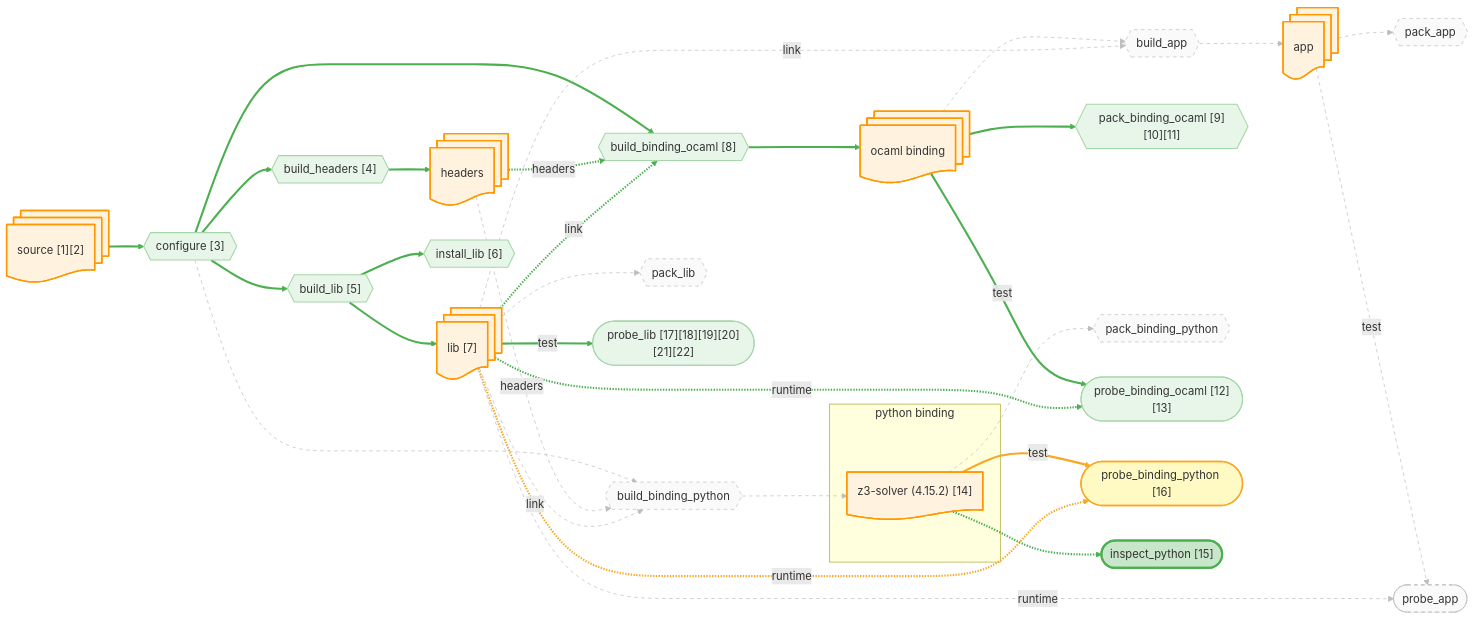
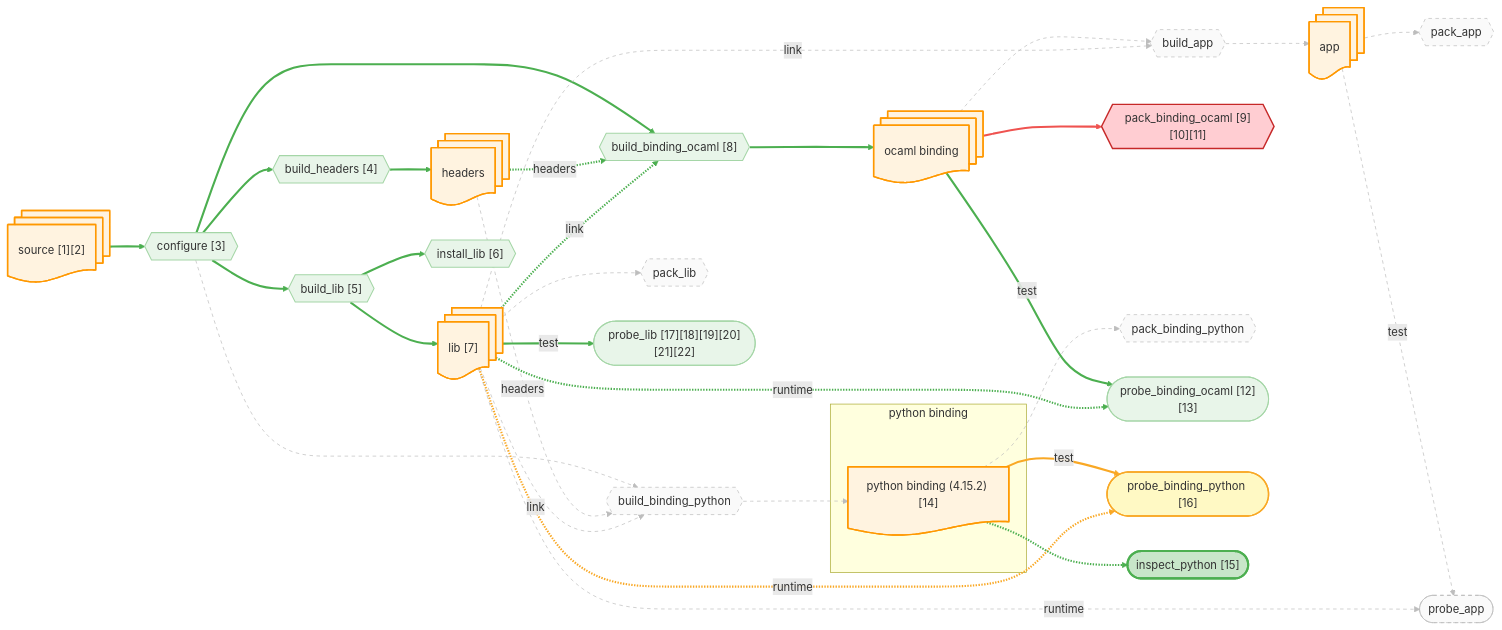
Before and after one commit to JHU-PL-Lab/tola: the diagram in docs/canary/projects/z3/_run/diagrams/binding_python.mmd, drawn with Mermaid. The commit also changed 56 other files, not shown here.

First line of the commit message:
refactor: split canary_action.ml, extract canary_diagram.ml

```diff
--- a/docs/canary/projects/z3/_run/diagrams/binding_python.mmd
+++ b/docs/canary/projects/z3/_run/diagrams/binding_python.mmd
@@ -1,112 +1,112 @@
 %% view: binding_python
 graph LR
     source_node@{ shape: docs, label: "source [1][2]" }
     headers_node@{ shape: docs, label: "headers" }
     lib_node@{ shape: docs, label: "lib [7]" }
     app_node@{ shape: docs, label: "app" }
     ocaml_binding_node@{ shape: docs, label: "ocaml binding" }
     subgraph python_binding_sg ["python binding"]
-      python_binding_fetch_node@{ shape: doc, label: "z3-solver (4.15.2) [14]" }
+      python_binding_fetch_node@{ shape: doc, label: "python binding (4.15.2) [14]" }
     end
 
     A_configure{{"configure [3]"}}
     A_build_headers{{"build_headers [4]"}}
     A_build_lib{{"build_lib [5]"}}
     A_build_binding_ocaml{{"build_binding_ocaml [8]"}}
     A_build_binding_python{{"build_binding_python"}}
     A_build_app{{"build_app"}}
     A_install_lib{{"install_lib [6]"}}
     A_pack_binding_ocaml{{"pack_binding_ocaml [9][10][11]"}}
     A_pack_binding_python{{"pack_binding_python"}}
     A_pack_lib{{"pack_lib"}}
     A_pack_app{{"pack_app"}}
     A_probe_binding_ocaml(["probe_binding_ocaml [12][13]"])
     A_probe_binding_python(["probe_binding_python [16]"])
     A_probe_lib(["probe_lib [17][18][19][20][21][22]"])
     A_probe_app(["probe_app"])
     A_fetch_binding_python_summary(["inspect_python [15]"])
 
     source_node --> A_configure
     A_configure --> A_build_headers
     A_build_headers --> headers_node
     A_configure --> A_build_lib
     A_build_lib --> lib_node
     A_configure --> A_build_binding_ocaml
     headers_node -.->|headers| A_build_binding_ocaml
     lib_node -.->|link| A_build_binding_ocaml
     A_build_binding_ocaml --> ocaml_binding_node
     A_configure --> A_build_binding_python
     headers_node -.->|headers| A_build_binding_python
     lib_node -.->|link| A_build_binding_python
     A_build_binding_python --> python_binding_fetch_node
     ocaml_binding_node --> A_build_app
     lib_node -.->|link| A_build_app
     A_build_app --> app_node
     A_build_lib --> A_install_lib
     ocaml_binding_node --> A_pack_binding_ocaml
     python_binding_fetch_node --> A_pack_binding_python
     lib_node --> A_pack_lib
     app_node --> A_pack_app
     ocaml_binding_node -->|test| A_probe_binding_ocaml
     lib_node -.->|runtime| A_probe_binding_ocaml
     python_binding_fetch_node -->|test| A_probe_binding_python
     lib_node -.->|runtime| A_probe_binding_python
     lib_node -->|test| A_probe_lib
     app_node -->|test| A_probe_app
     lib_node -.->|runtime| A_probe_app
     python_binding_fetch_node -.-> A_fetch_binding_python_summary
 
     classDef artifact fill:#fff3e0,stroke:#ff9800,stroke-width:2px
     classDef action fill:#f3e5f5,stroke:#9c27b0,stroke-width:2px
     classDef st_done fill:#c8e6c9,stroke:#4caf50,stroke-width:3px
     classDef st_done_ctx fill:#e8f5e9,stroke:#a5d6a7,stroke-width:1.5px
     classDef st_expected_fail fill:#fff9c4,stroke:#f9a825,stroke-width:2px
     classDef st_failed fill:#ffcdd2,stroke:#c62828,stroke-width:2px
     classDef st_skipped fill:#f5f5f5,stroke:#9e9e9e,stroke-dasharray:5
     classDef st_nospec fill:#fafafa,stroke:#bdbdbd,stroke-dasharray:5
     class source_node,headers_node,lib_node,app_node,ocaml_binding_node,python_binding_fetch_node artifact
     class A_configure st_done_ctx
     class A_build_headers st_done_ctx
     class A_build_lib st_done_ctx
     class A_build_binding_ocaml st_done_ctx
     class A_build_binding_python st_nospec
     class A_build_app st_nospec
     class A_install_lib st_done_ctx
-    class A_pack_binding_ocaml st_done_ctx
+    class A_pack_binding_ocaml st_failed
     class A_pack_binding_python st_nospec
     class A_pack_lib st_nospec
     class A_pack_app st_nospec
     class A_probe_binding_ocaml st_done_ctx
     class A_probe_binding_python st_expected_fail
     class A_probe_lib st_done_ctx
     class A_probe_app st_nospec
     class A_fetch_binding_python_summary st_done
     linkStyle 0 stroke:#4caf50,stroke-width:3px
     linkStyle 1 stroke:#4caf50,stroke-width:3px
     linkStyle 2 stroke:#4caf50,stroke-width:3px
     linkStyle 3 stroke:#4caf50,stroke-width:3px
     linkStyle 4 stroke:#4caf50,stroke-width:3px
     linkStyle 5 stroke:#4caf50,stroke-width:3px
     linkStyle 6 stroke:#4caf50,stroke-width:3px
     linkStyle 7 stroke:#4caf50,stroke-width:3px
     linkStyle 8 stroke:#4caf50,stroke-width:3px
     linkStyle 9 stroke:#bdbdbd,stroke-width:1px,stroke-dasharray:5
     linkStyle 10 stroke:#bdbdbd,stroke-width:1px,stroke-dasharray:5
     linkStyle 11 stroke:#bdbdbd,stroke-width:1px,stroke-dasharray:5
     linkStyle 12 stroke:#bdbdbd,stroke-width:1px,stroke-dasharray:5
     linkStyle 13 stroke:#bdbdbd,stroke-width:1px,stroke-dasharray:5
     linkStyle 14 stroke:#bdbdbd,stroke-width:1px,stroke-dasharray:5
     linkStyle 15 stroke:#bdbdbd,stroke-width:1px,stroke-dasharray:5
     linkStyle 16 stroke:#4caf50,stroke-width:3px
-    linkStyle 17 stroke:#4caf50,stroke-width:3px
+    linkStyle 17 stroke:#ef5350,stroke-width:3px
     linkStyle 18 stroke:#bdbdbd,stroke-width:1px,stroke-dasharray:5
     linkStyle 19 stroke:#bdbdbd,stroke-width:1px,stroke-dasharray:5
     linkStyle 20 stroke:#bdbdbd,stroke-width:1px,stroke-dasharray:5
     linkStyle 21 stroke:#4caf50,stroke-width:3px
     linkStyle 22 stroke:#4caf50,stroke-width:3px
     linkStyle 23 stroke:#f9a825,stroke-width:3px
     linkStyle 24 stroke:#f9a825,stroke-width:3px
     linkStyle 25 stroke:#4caf50,stroke-width:3px
     linkStyle 26 stroke:#bdbdbd,stroke-width:1px,stroke-dasharray:5
     linkStyle 27 stroke:#bdbdbd,stroke-width:1px,stroke-dasharray:5
     linkStyle 28 stroke:#4caf50,stroke-width:3px
```
